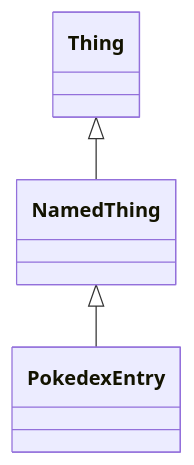
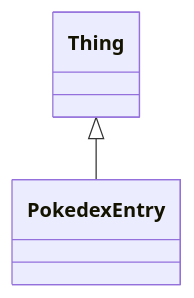
One commit to vladistan/linkml-pokemon changed diagram 33 of 42 in project/datadict.md. Above: the diagram before and after it, drawn with Mermaid. The commit also changed other lines of this file and 18 other files, not shown here.

Commit message:
Final tweaks to the schema

````diff
--- a/project/datadict.md
+++ b/project/datadict.md
@@ -1288,6 +1322,5 @@
 ```mermaid
 classDiagram
-NamedThing <|-- PokedexEntry
-Thing <|-- NamedThing
+Thing <|-- PokedexEntry
 
 ```
````
